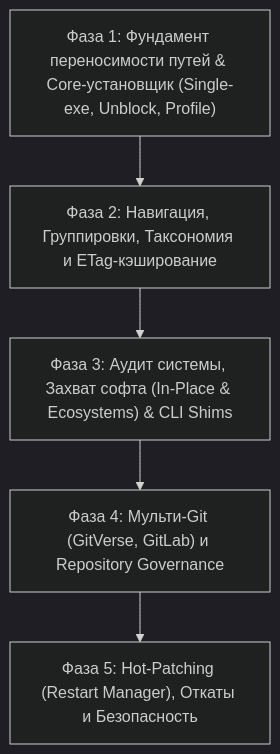
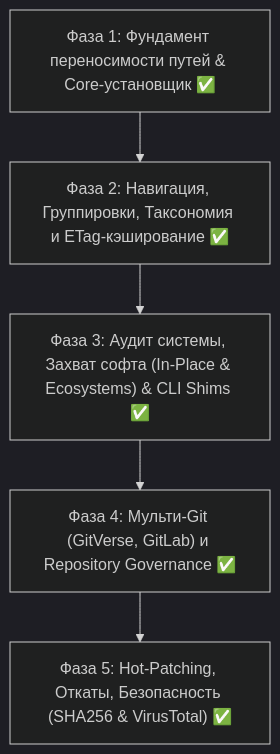
One commit to skllfi2/AppWatch changed the diagram in ROADMAP_AND_POSITIONING.md. Above: the diagram before and after it, drawn with Mermaid (dark theme). The commit also changed other lines of this file, not shown here.

Commit message:
docs: mark all roadmap phases as 100% completed

````diff
--- a/ROADMAP_AND_POSITIONING.md
+++ b/ROADMAP_AND_POSITIONING.md
@@ -125,13 +85,13 @@
 ```mermaid
 flowchart TD
-    P1["Фаза 1: Фундамент переносимости путей & Core-установщик (Single-exe, Unblock, Profile)"]
-    P2["Фаза 2: Навигация, Группировки, Таксономия и ETag-кэширование"]
-    P3["Фаза 3: Аудит системы, Захват софта (In-Place & Ecosystems) & CLI Shims"]
-    P4["Фаза 4: Мульти-Git (GitVerse, GitLab) и Repository Governance"]
-    P5["Фаза 5: Hot-Patching (Restart Manager), Откаты и Безопасность"]
+    P1["Фаза 1: Фундамент переносимости путей & Core-установщик ✅"]
+    P2["Фаза 2: Навигация, Группировки, Таксономия и ETag-кэширование ✅"]
+    P3["Фаза 3: Аудит системы, Захват софта (In-Place & Ecosystems) & CLI Shims ✅"]
+    P4["Фаза 4: Мульти-Git (GitVerse, GitLab) и Repository Governance ✅"]
+    P5["Фаза 5: Hot-Patching, Откаты, Безопасность (SHA256 & VirusTotal) ✅"]
 
     P1 --> P2
     P2 --> P3
     P3 --> P4
     P4 --> P5
 ```
````
